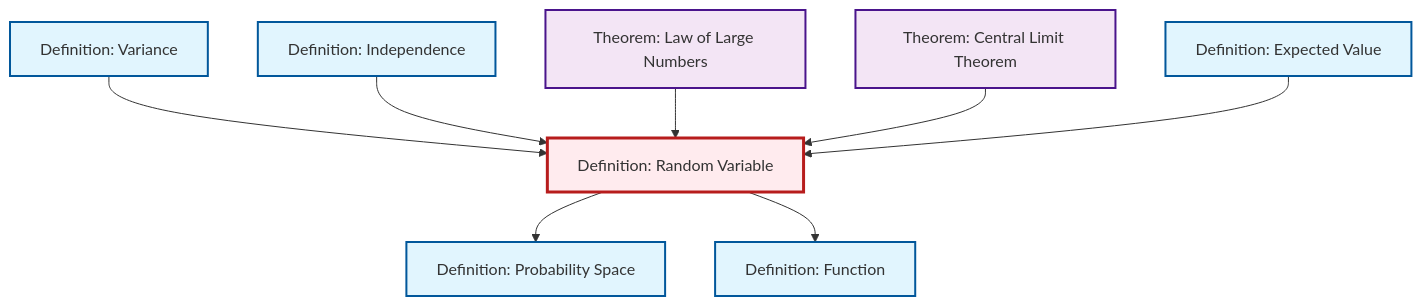
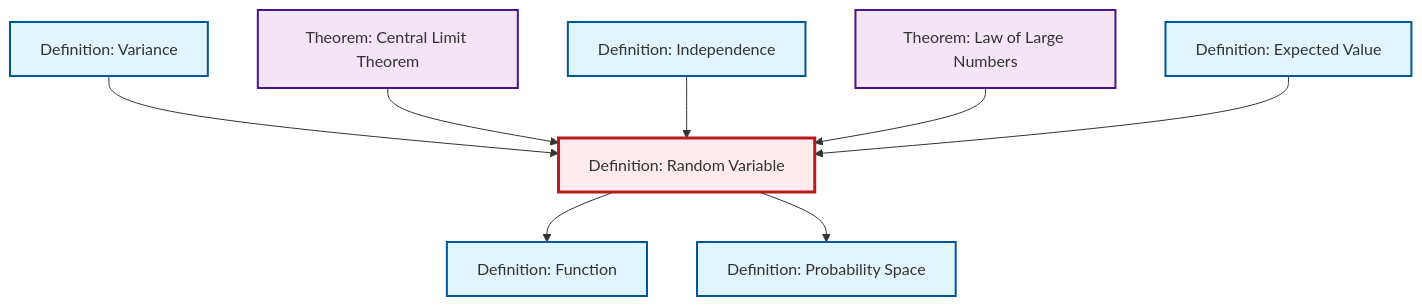
Before and after one commit to RK0429/ModernMath: the diagram in content/ja/probability-statistics/def-random-variable.qmd, drawn with Mermaid. The commit also changed other lines of this file and 581 other files, not shown here.

````diff
--- a/content/ja/probability-statistics/def-random-variable.qmd
+++ b/content/ja/probability-statistics/def-random-variable.qmd
@@ -49,32 +49,32 @@
 ```{mermaid}
 %%| fig-cap: "Local dependency graph"
 graph TD
     classDef definition fill:#e1f5fe,stroke:#01579b,stroke-width:2px
     classDef theorem fill:#f3e5f5,stroke:#4a148c,stroke-width:2px
     classDef axiom fill:#fff3e0,stroke:#e65100,stroke-width:2px
     classDef example fill:#e8f5e9,stroke:#1b5e20,stroke-width:2px
     classDef current fill:#ffebee,stroke:#b71c1c,stroke-width:3px
-    def-variance["Definition: Variance"]:::definition
-    def-random-variable["Definition: Random Variable"]:::definition
-    thm-law-of-large-numbers["Theorem: Law of Large Numbers"]:::theorem
     def-probability-space["Definition: Probability Space"]:::definition
-    thm-central-limit["Theorem: Central Limit Theorem"]:::theorem
     def-independence["Definition: Independence"]:::definition
     def-function["Definition: Function"]:::definition
+    thm-central-limit["Theorem: Central Limit Theorem"]:::theorem
+    def-variance["Definition: Variance"]:::definition
     def-expectation["Definition: Expected Value"]:::definition
-    def-random-variable --> def-probability-space
+    thm-law-of-large-numbers["Theorem: Law of Large Numbers"]:::theorem
+    def-random-variable["Definition: Random Variable"]:::definition
     def-variance --> def-random-variable
     def-random-variable --> def-function
+    thm-central-limit --> def-random-variable
+    def-random-variable --> def-probability-space
     def-independence --> def-random-variable
     thm-law-of-large-numbers --> def-random-variable
-    thm-central-limit --> def-random-variable
     def-expectation --> def-random-variable
     class def-random-variable current
-    click def-variance "def-variance.html" "Definition: Varianceへ"
-    click thm-law-of-large-numbers "thm-law-of-large-numbers.html" "Theorem: Law of Large Numbersへ"
     click def-probability-space "def-probability-space.html" "Definition: Probability Spaceへ"
-    click thm-central-limit "thm-central-limit.html" "Theorem: Central Limit Theoremへ"
     click def-independence "def-independence.html" "Definition: Independenceへ"
     click def-function "def-function.html" "Definition: Functionへ"
+    click thm-central-limit "thm-central-limit.html" "Theorem: Central Limit Theoremへ"
+    click def-variance "def-variance.html" "Definition: Varianceへ"
     click def-expectation "def-expectation.html" "Definition: Expected Valueへ"
+    click thm-law-of-large-numbers "thm-law-of-large-numbers.html" "Theorem: Law of Large Numbersへ"
 ```
````
